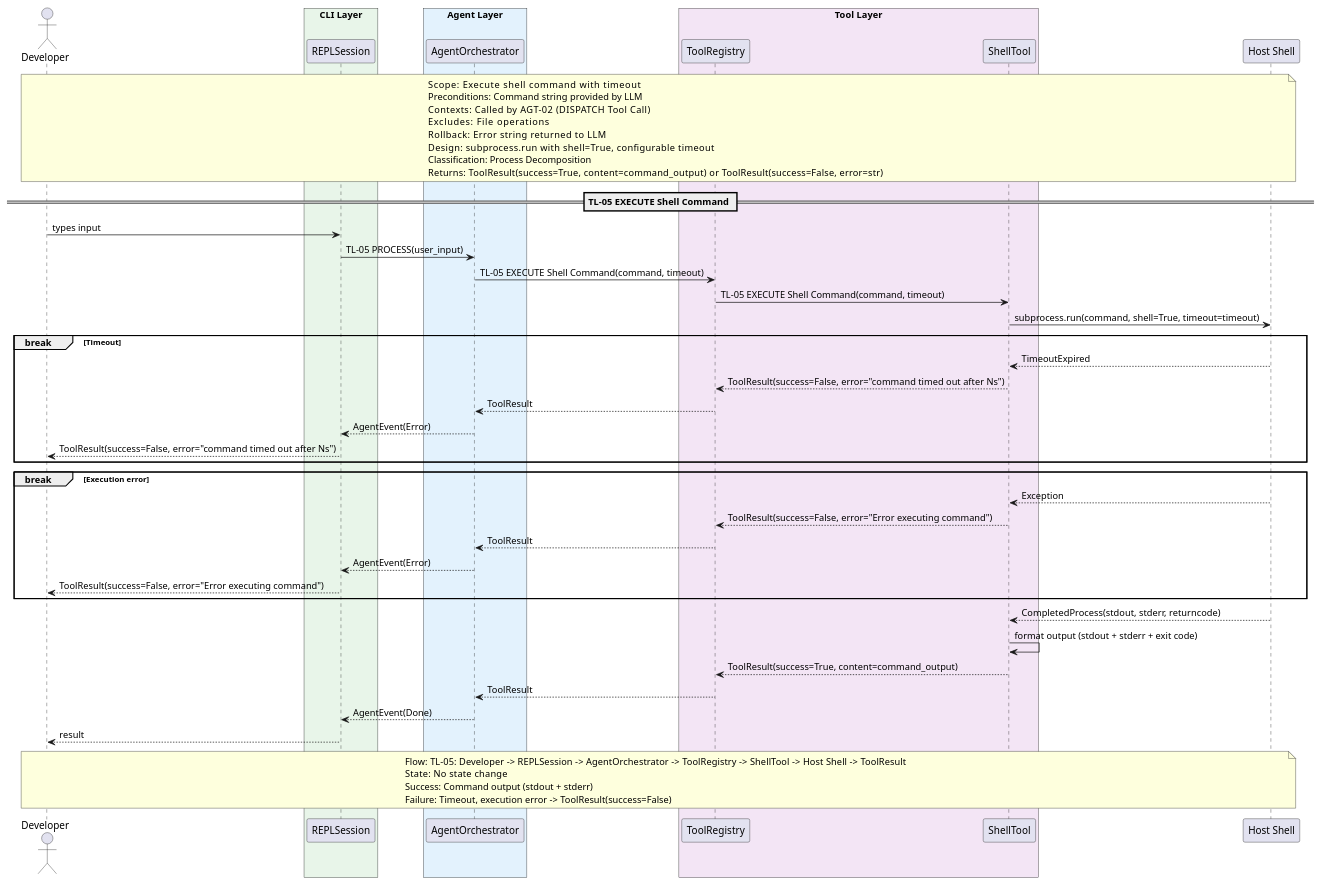
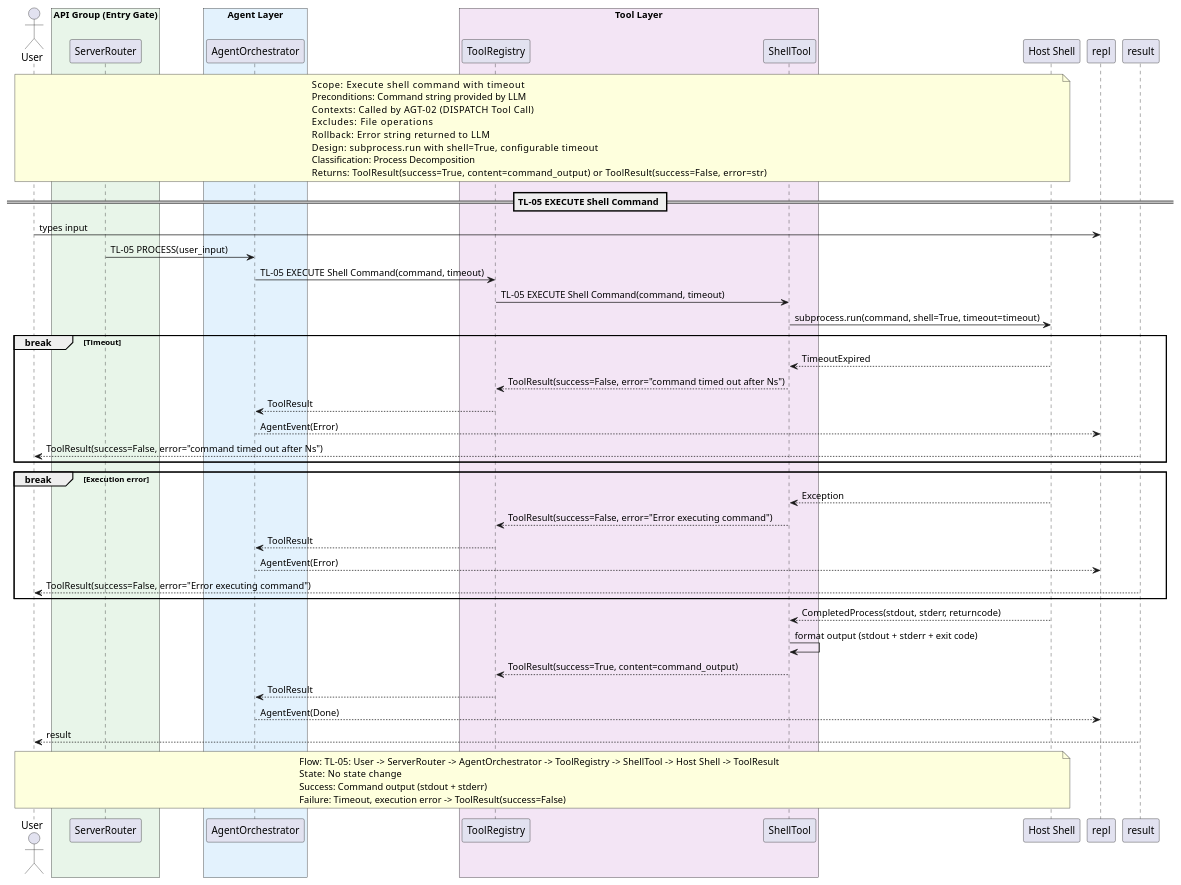
Before and after one commit to salimnamvar/nasim: the diagram in docs/SQ/TL/sq_tl05_dispatch_shell_command.puml, drawn with PlantUML. The commit also changed 163 other files, not shown here.

First line of the commit message:
docs: Refactor UC diagrams and documentation for API-First transformation

```diff
--- a/docs/SQ/TL/sq_tl05_dispatch_shell_command.puml
+++ b/docs/SQ/TL/sq_tl05_dispatch_shell_command.puml
@@ -1,75 +1,75 @@
 @startuml sq_tl05_dispatch_shell_command
 ' ============================================================
 ' Title:     TL-05 — Dispatch Shell Command
 ' Boundary:  nasim code agent CLI
 ' Purpose:   Shell command execution with timeout
 ' Milestone: v1.0
-' Version:   2.0.0
-' Source:    docs/UC/README.md
+' Version:   7.0.0
+' Source:    CAR refinement loop — API-First transformation
 ' Review:    —
 ' ============================================================
 
-actor "Developer" as user
+actor "User" as user
 
-box "CLI Layer" #E8F5E9
-  participant "REPLSession" as repl
+box "API Group (Entry Gate)" #E8F5E9
+  participant "ServerRouter" as router
 end box
 box "Agent Layer" #E3F2FD
   participant "AgentOrchestrator" as agent
 end box
 box "Tool Layer" #F3E5F5
   participant "ToolRegistry" as registry
   participant "ShellTool" as st
 end box
 participant "Host Shell" as shell
 
 note over user, shell
   Scope:          Execute shell command with timeout
   Preconditions:  Command string provided by LLM
   Contexts:       Called by AGT-02 (DISPATCH Tool Call)
   Excludes:       File operations
   Rollback:       Error string returned to LLM
   Design:         subprocess.run with shell=True, configurable timeout
   Classification: Process Decomposition
   Returns:        ToolResult(success=True, content=command_output) or ToolResult(success=False, error=str)
 end note
 
 == TL-05 EXECUTE Shell Command ==
 
 user -> repl : types input
-repl -> agent : TL-05 PROCESS(user_input)
+router -> agent : TL-05 PROCESS(user_input)
 agent -> registry : TL-05 EXECUTE Shell Command(command, timeout)
 registry -> st : TL-05 EXECUTE Shell Command(command, timeout)
 st -> shell : subprocess.run(command, shell=True, timeout=timeout)
 
 break Timeout
     shell --> st : TimeoutExpired
     st --> registry : ToolResult(success=False, error="command timed out after Ns")
     registry --> agent : ToolResult
     agent --> repl : AgentEvent(Error)
-    repl --> user : ToolResult(success=False, error="command timed out after Ns")
+    result --> user : ToolResult(success=False, error="command timed out after Ns")
 end
 
 break Execution error
     shell --> st : Exception
     st --> registry : ToolResult(success=False, error="Error executing command")
     registry --> agent : ToolResult
     agent --> repl : AgentEvent(Error)
-    repl --> user : ToolResult(success=False, error="Error executing command")
+    result --> user : ToolResult(success=False, error="Error executing command")
 end
 
 shell --> st : CompletedProcess(stdout, stderr, returncode)
 st -> st : format output (stdout + stderr + exit code)
 st --> registry : ToolResult(success=True, content=command_output)
 registry --> agent : ToolResult
 agent --> repl : AgentEvent(Done)
-repl --> user : result
+result --> user : result
 
 note over user, shell
-  Flow:    TL-05: Developer -> REPLSession -> AgentOrchestrator -> ToolRegistry -> ShellTool -> Host Shell -> ToolResult
+  Flow:    TL-05: User -> ServerRouter -> AgentOrchestrator -> ToolRegistry -> ShellTool -> Host Shell -> ToolResult
   State:   No state change
   Success: Command output (stdout + stderr)
   Failure: Timeout, execution error -> ToolResult(success=False)
 end note
 
 @enduml
```
